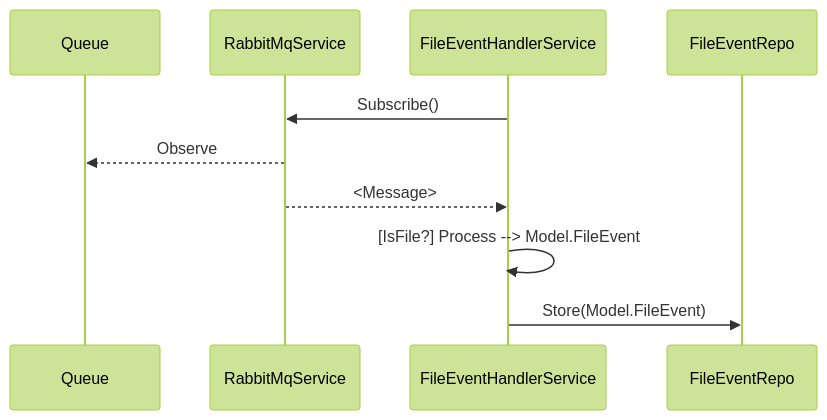
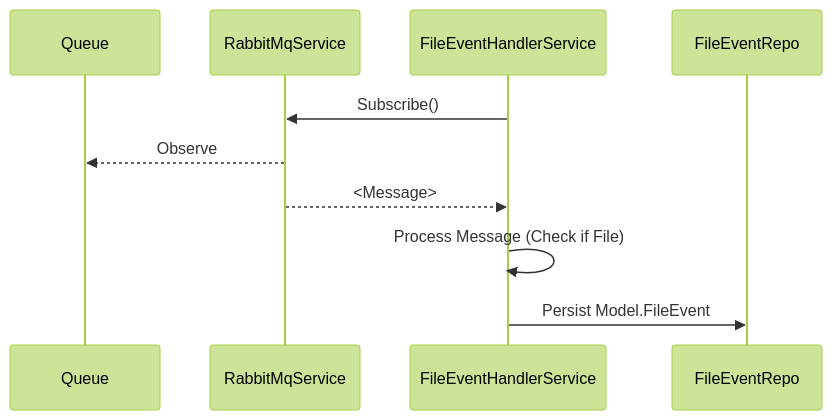
One commit to JakePathFinder/FolderMonitor changed the fourth of 4 diagrams in README.md. Above: the diagram before and after it, drawn with Mermaid (forest theme). The commit also changed other lines of this file, not shown here.

````diff
--- a/README.md
+++ b/README.md
@@ -292,13 +309,13 @@
 ```mermaid
 sequenceDiagram
     participant Queue as Queue
     participant RabbitMqService as RabbitMqService
     participant FileEventHandlerService as FileEventHandlerService
     participant FileEventRepo as FileEventRepo
 
     FileEventHandlerService->>RabbitMqService: Subscribe()
     RabbitMqService-->>Queue: Observe
     RabbitMqService-->>FileEventHandlerService: <Message>
-    FileEventHandlerService->>FileEventHandlerService: [IsFile?] Process --> Model.FileEvent
-    FileEventHandlerService->>FileEventRepo: Store(Model.FileEvent)
+    FileEventHandlerService->>FileEventHandlerService: Process Message (Check if File)
+    FileEventHandlerService->>FileEventRepo: Persist Model.FileEvent
 ```
````
